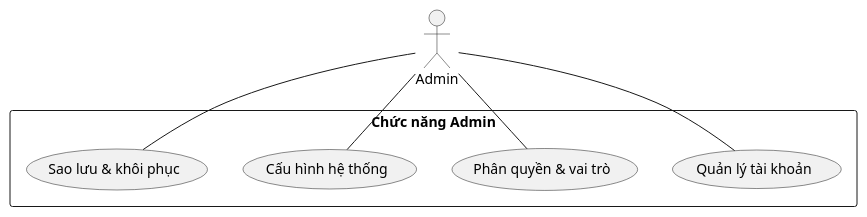
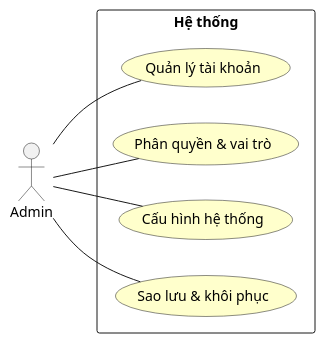
Before and after one commit to DavidSatoh/CNPM-school-food-festivals: the eighth of 8 diagrams in README.md, drawn with PlantUML. The commit also changed other lines of this file, not shown here.

````diff
--- a/README.md
+++ b/README.md
@@ -408,17 +457,27 @@
 ```plantuml
 @startuml
+skinparam usecase {
+    BackgroundColor BUSINESS
+}
+
+skinparam note {
+    BackgroundColor LightSkyBlue
+}
+
+left to right direction
+
 actor Admin
 
-rectangle "Chức năng Admin" {
-  usecase "Quản lý tài khoản" as UC1
-  usecase "Phân quyền & vai trò" as UC2
-  usecase "Cấu hình hệ thống" as UC3
-  usecase "Sao lưu & khôi phục" as UC4
+rectangle "Hệ thống" {
+    usecase "Quản lý tài khoản" as ManageAccount
+    usecase "Phân quyền & vai trò" as ManageRoles
+    usecase "Cấu hình hệ thống" as ConfigSystem
+    usecase "Sao lưu & khôi phục" as BackupRestore
 }
 
-Admin -- UC1
-Admin -- UC2
-Admin -- UC3
-Admin -- UC4
+Admin -- ManageAccount
+Admin -- ManageRoles
+Admin -- ConfigSystem
+Admin -- BackupRestore
 @enduml
 ```
````
